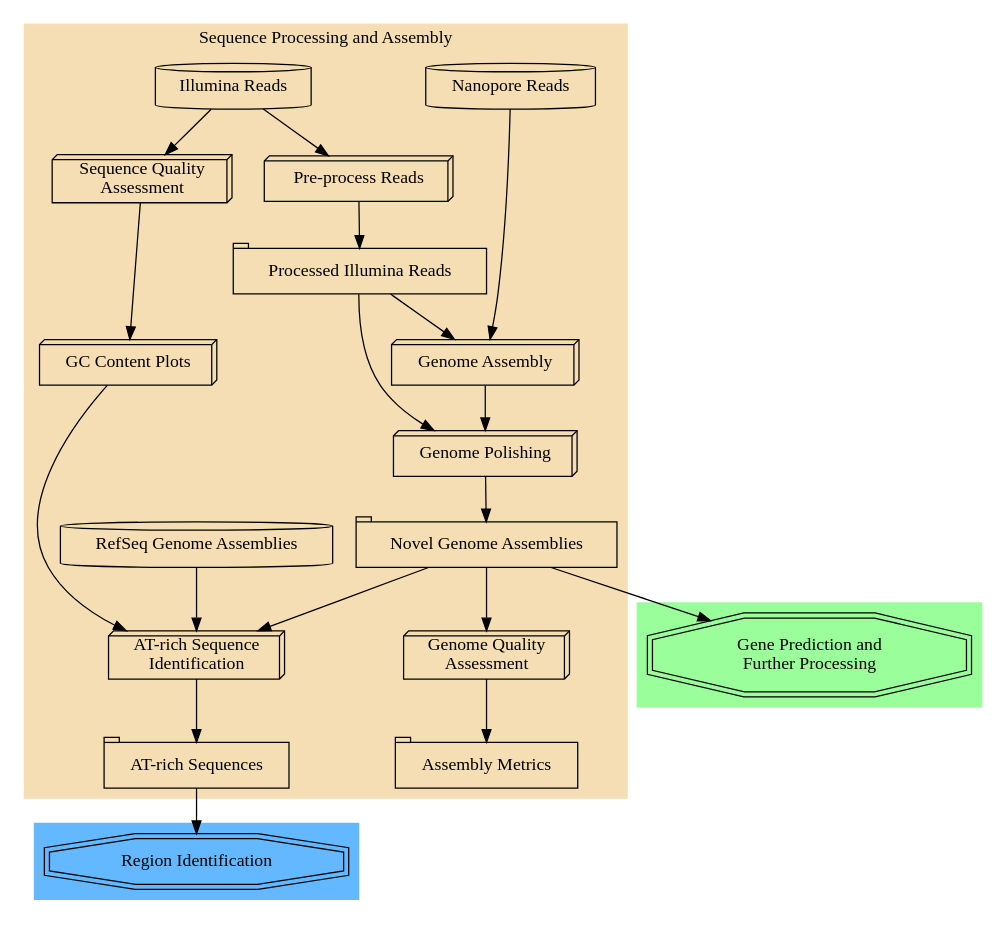
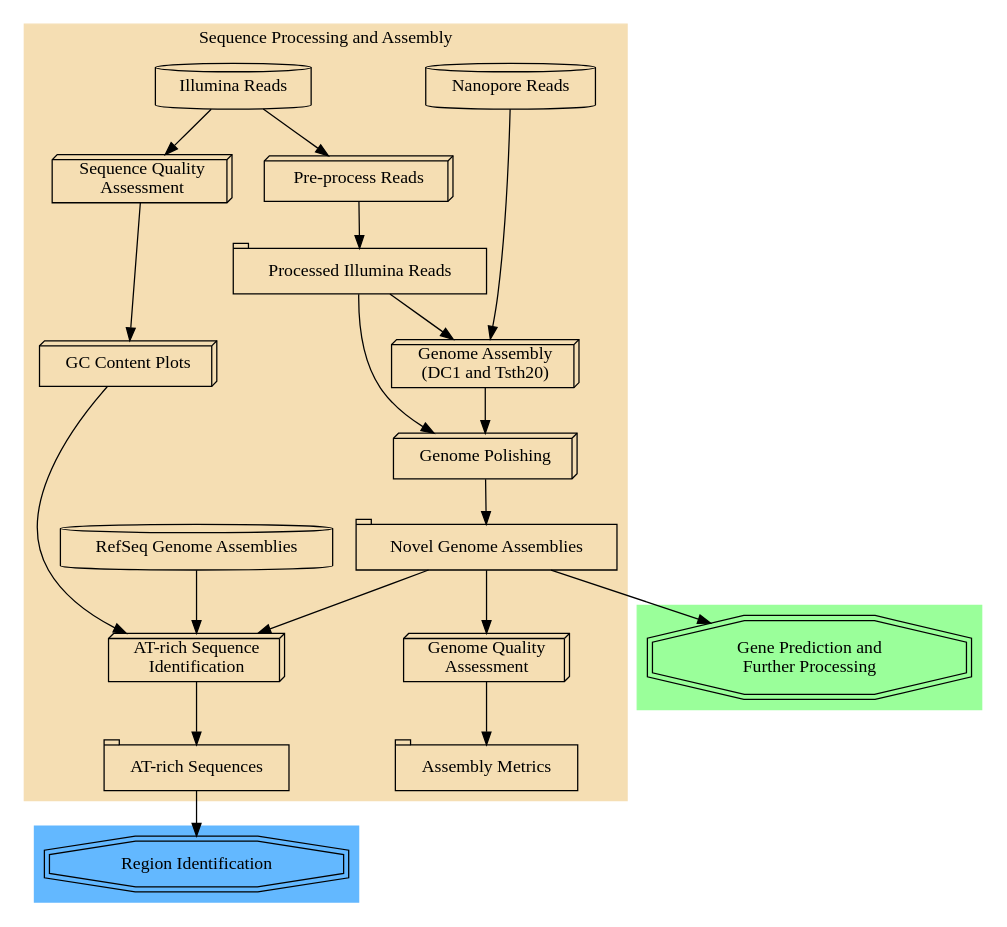
One commit to cbe453/masters changed the diagram in working-thesis/figures/assembly-met.dot. Above: the diagram before and after it, drawn with Graphviz. The commit also changed 16 other files, not shown here.

```diff
--- a/working-thesis/figures/assembly-met.dot
+++ b/working-thesis/figures/assembly-met.dot
@@ -1,59 +1,59 @@
 digraph G{
 
 	subgraph cluster_1 {
 		 style = filled;
 		 color = palegreen1;
 		 "Gene Prediction and\nFurther Processing" [shape = doubleoctagon];
 		 
 	}
 	
 	#"Identify AT-rich Genomic Sequence" [shape = box3d];
 	#splines = ortho;
 	rankdir = "TB";
 	subgraph cluster_0 {
 		 style = filled;
 		 color = wheat;
 		 "Illumina Reads" [shape = cylinder];
 		 "Pre-process Reads" [shape = box3d];
 		 "Nanopore Reads" [shape = cylinder];
-		 "Genome Assembly" [shape = box3d];
+		 "Genome Assembly\n(DC1 and Tsth20)" [shape = box3d];
 		 "Genome Polishing" [shape = box3d];
 		 "Processed Illumina Reads" [shape = tab];
 		 "Sequence Quality\nAssessment" [shape = box3d];
 		 "Novel Genome Assemblies" [shape = tab];
 		 "Illumina Reads" -> "Pre-process Reads";
 		 "Illumina Reads" -> "Sequence Quality\nAssessment";
 		 "GC Content Plots" [shape = box3d];
 		 "Sequence Quality\nAssessment" -> "GC Content Plots";
 		 "Pre-process Reads" -> "Processed Illumina Reads";
-		 "Processed Illumina Reads" -> "Genome Assembly";
+		 "Processed Illumina Reads" -> "Genome Assembly\n(DC1 and Tsth20)";
 		 "Processed Illumina Reads" -> "Genome Polishing";
-		 "Nanopore Reads" -> "Genome Assembly";
-		 "Genome Assembly" -> "Genome Polishing" -> "Novel Genome Assemblies";
+		 "Nanopore Reads" -> "Genome Assembly\n(DC1 and Tsth20)";
+		 "Genome Assembly\n(DC1 and Tsth20)" -> "Genome Polishing" -> "Novel Genome Assemblies";
 		 "Genome Quality\nAssessment" [shape = box3d];
 		 "Novel Genome Assemblies" -> "Genome Quality\nAssessment";
 		 "Assembly Metrics" [shape = tab];
 		 "Genome Quality\nAssessment" -> "Assembly Metrics";
 		 #{rank = same; "Assembled Genomes"; "QUAST Assembly Assessment"};
 		 {rank = same; "Illumina Reads"; "Nanopore Reads"};
 		 label = "Sequence Processing and Assembly";
 	 	 #{rank = same; "Novel GA"; "Gene Prediction and Further Processing"};
 		 "AT-rich Sequence\nIdentification" [shape = box3d];
 		 "Novel Genome Assemblies" -> "AT-rich Sequence\nIdentification";
 		 "RefSeq Genome Assemblies" [shape = cylinder];
 		 "RefSeq Genome Assemblies" -> "AT-rich Sequence\nIdentification";
 		 "AT-rich Sequence\nIdentification" -> "AT-rich Sequences"
 		 "AT-rich Sequences" [shape = tab];
 		 "GC Content Plots" -> "AT-rich Sequence\nIdentification";
 	}
 
 	subgraph cluster_2 {
 		 style = filled;
 		 color = steelblue1;
 		 "Region Identification" [shape = doubleoctagon]
 	}
 
 	#"Assembled Genomes" -> "Identify AT-rich Genomic Sequence";
 	"Novel Genome Assemblies" -> "Gene Prediction and\nFurther Processing";
 	"AT-rich Sequences" -> "Region Identification";
 }
```
